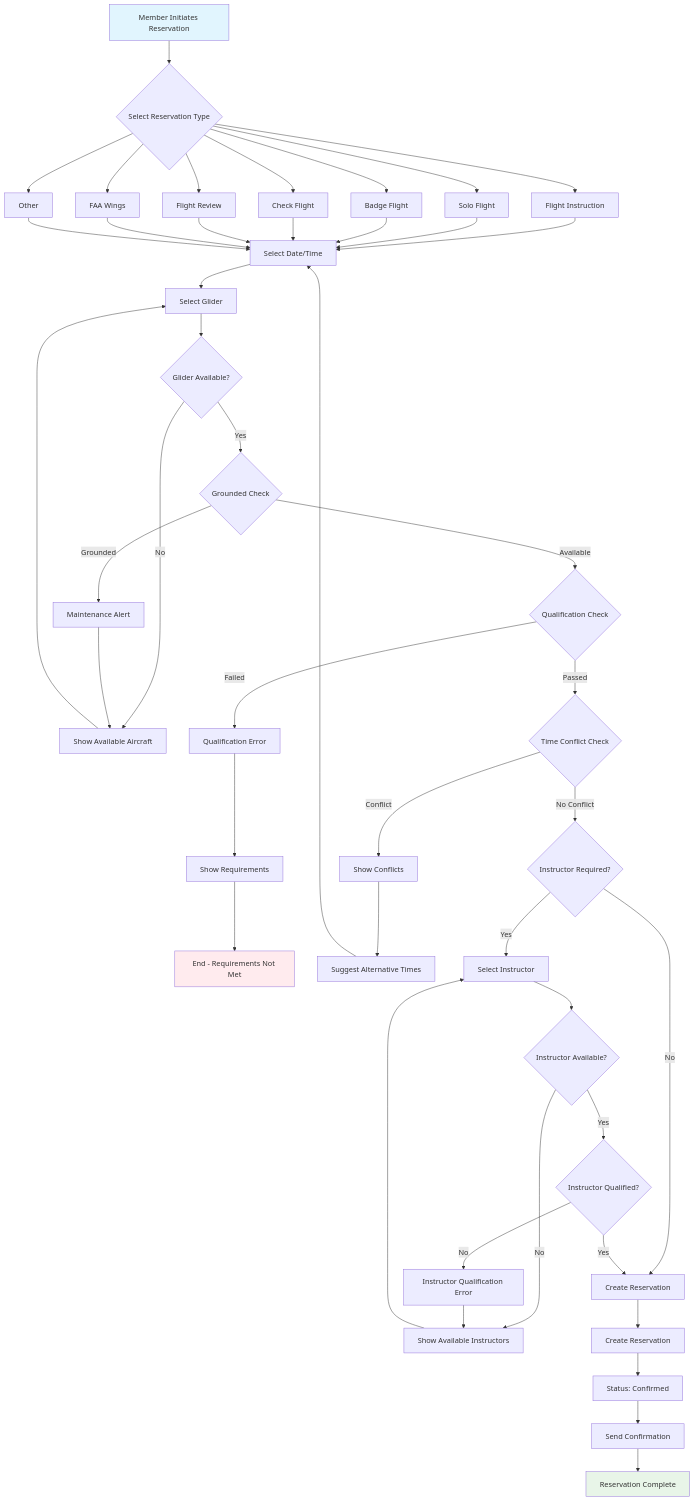
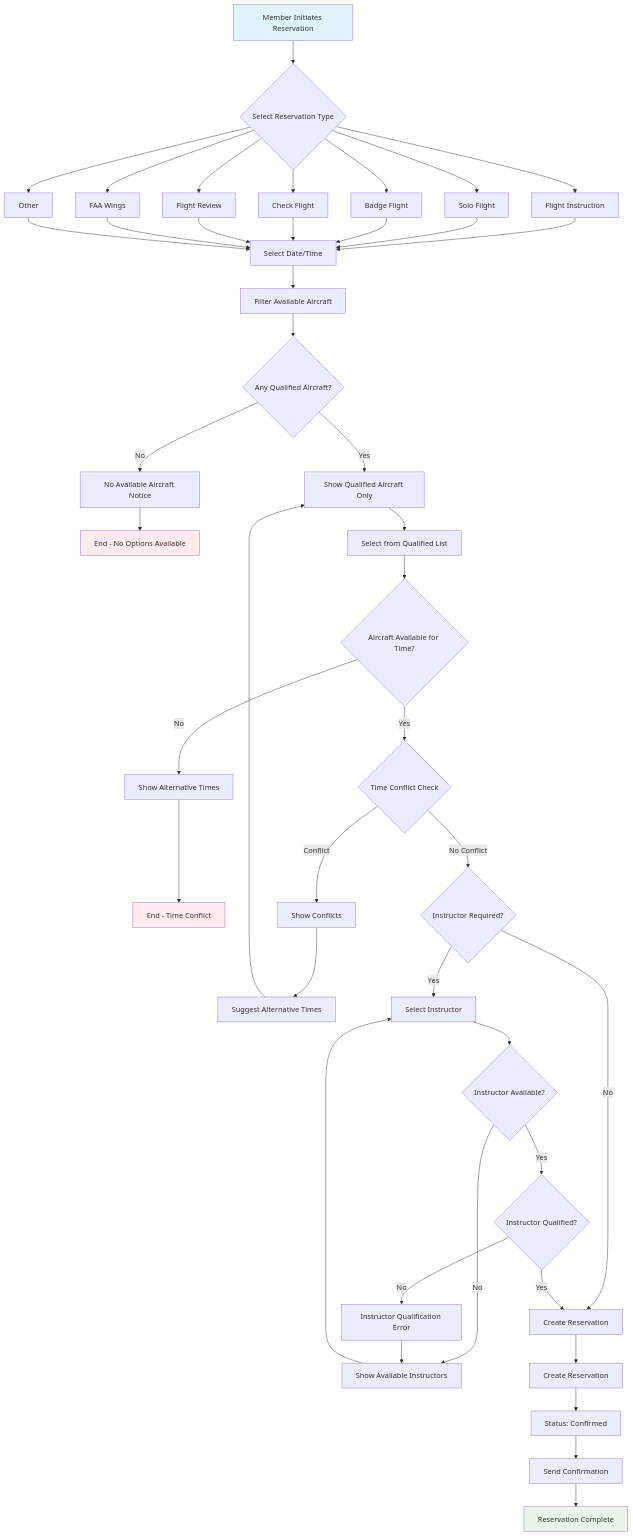
The first of 6 diagrams in docs/workflows/issue-190-glider-reservation-design.md (pietbarber/Manage2Soar), drawn with Mermaid before and after one commit. The commit also changed other lines of this file, not shown here.

Commit message:
Refactor glider reservation workflow to enhance aircraft selection process. Implement filtering for available and qualified gliders, improving user experience by preventing selection of grounded aircraft and providing clear messaging for unavailable options.

````diff
--- a/docs/workflows/issue-190-glider-reservation-design.md
+++ b/docs/workflows/issue-190-glider-reservation-design.md
@@ -10,61 +10,60 @@
 ```mermaid
 flowchart TD
     A[Member Initiates Reservation] --> B{Select Reservation Type}
     
     B --> C[Flight Instruction]
     B --> D[Solo Flight]
     B --> E[Badge Flight]
     B --> F[Check Flight]
     B --> G[Flight Review]
     B --> H[FAA Wings]
     B --> I[Other]
     
     C --> J[Select Date/Time]
     D --> J
     E --> J
     F --> J
     G --> J
     H --> J
     I --> J
     
-    J --> K[Select Glider]
-    K --> L{Glider Available?}
+    J --> K[Filter Available Aircraft]
+    K --> L{Any Qualified Aircraft?}
     
-    L -->|No| M[Show Available Aircraft]
-    M --> K
+    L -->|No| M[No Available Aircraft Notice]
+    M --> N[End - No Options Available]
     
-    L -->|Yes| N{Grounded Check}
-    N -->|Grounded| O[Maintenance Alert]
-    O --> M
+    L -->|Yes| O[Show Qualified Aircraft Only]
+    O --> P[Select from Qualified List]
+    P --> Q{Aircraft Available for Time?}
     
-    N -->|Available| P{Qualification Check}
-    P -->|Failed| Q[Qualification Error]
-    Q --> R[Show Requirements]
-    R --> S[End - Requirements Not Met]
+    Q -->|No| R[Show Alternative Times]
+    R --> S[End - Time Conflict]
     
-    P -->|Passed| T{Time Conflict Check}
+    Q -->|Yes| T{Time Conflict Check}
     T -->|Conflict| U[Show Conflicts]
     U --> V[Suggest Alternative Times]
-    V --> J
+    V --> O
     
     T -->|No Conflict| W{Instructor Required?}
     W -->|Yes| X[Select Instructor]
     W -->|No| Y[Create Reservation]
     
     X --> Z{Instructor Available?}
     Z -->|No| AA[Show Available Instructors]
     AA --> X
     Z -->|Yes| BB{Instructor Qualified?}
     BB -->|No| CC[Instructor Qualification Error]
     CC --> AA
     BB -->|Yes| Y
     
     Y --> DD[Create Reservation]
     DD --> EE[Status: Confirmed]
     EE --> FF[Send Confirmation]
     FF --> GG[Reservation Complete]
     
     style A fill:#e1f5fe
     style GG fill:#e8f5e8
+    style N fill:#ffebee
     style S fill:#ffebee
 ```
````
